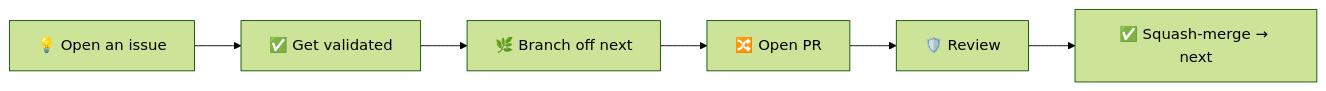
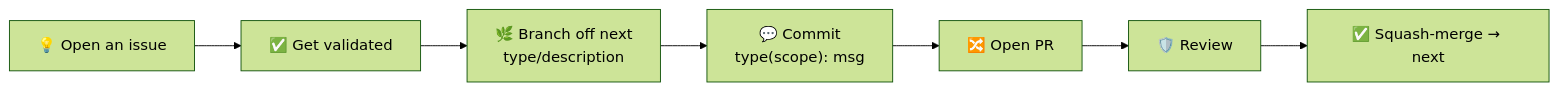
The diagram in CONTRIBUTING.md (ai-driven-dev/aidd-framework), drawn with Mermaid (forest theme) before and after one commit. The commit also changed other lines of this file and 4 other files, not shown here.

````diff
--- a/CONTRIBUTING.md
+++ b/CONTRIBUTING.md
@@ -5,4 +9,4 @@
 ```mermaid
 flowchart LR
-    Issue["💡 Open an issue"] --> Validate["✅ Get validated"] --> Branch["🌿 Branch off next"] --> PR["🔀 Open PR"] --> Review["🛡️ Review"] --> Merge["✅ Squash-merge → next"]
+    Issue["💡 Open an issue"] --> Validate["✅ Get validated"] --> Branch["🌿 Branch off next<br/>type/description"] --> Commit["💬 Commit<br/>type(scope): msg"] --> PR["🔀 Open PR"] --> Review["🛡️ Review"] --> Merge["✅ Squash-merge → next"]
 ```
````
